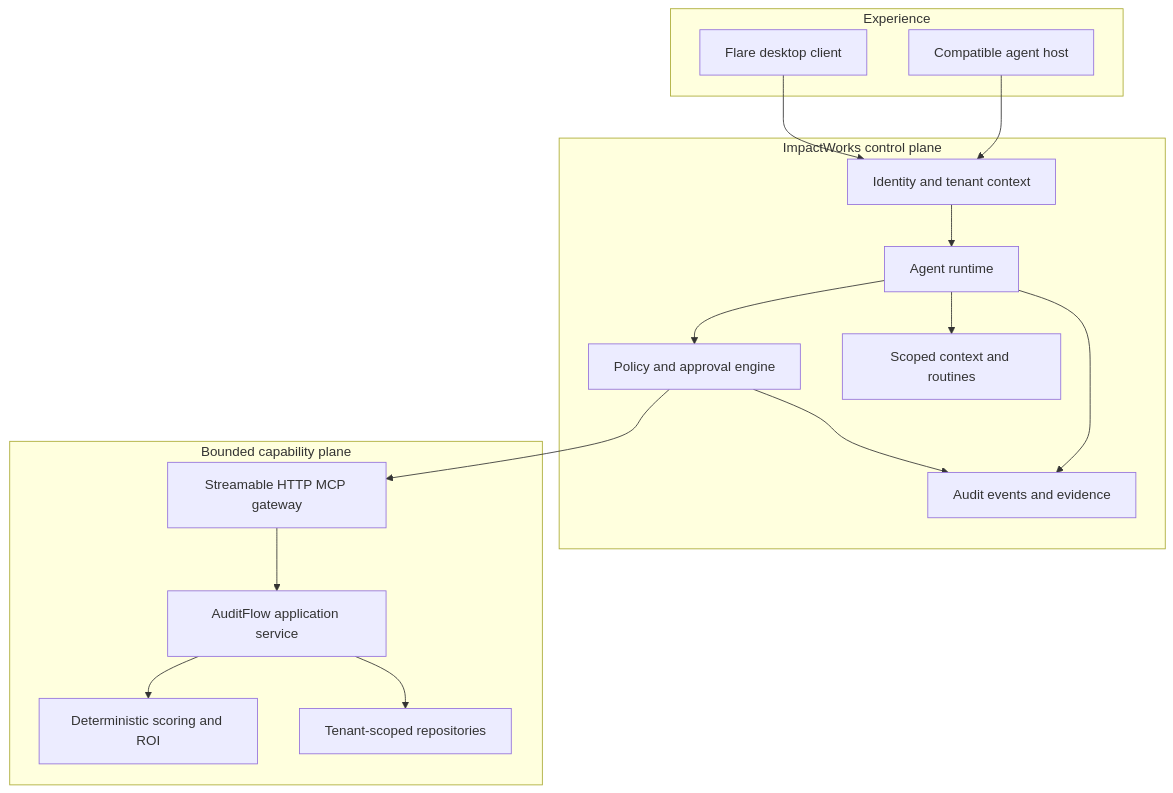
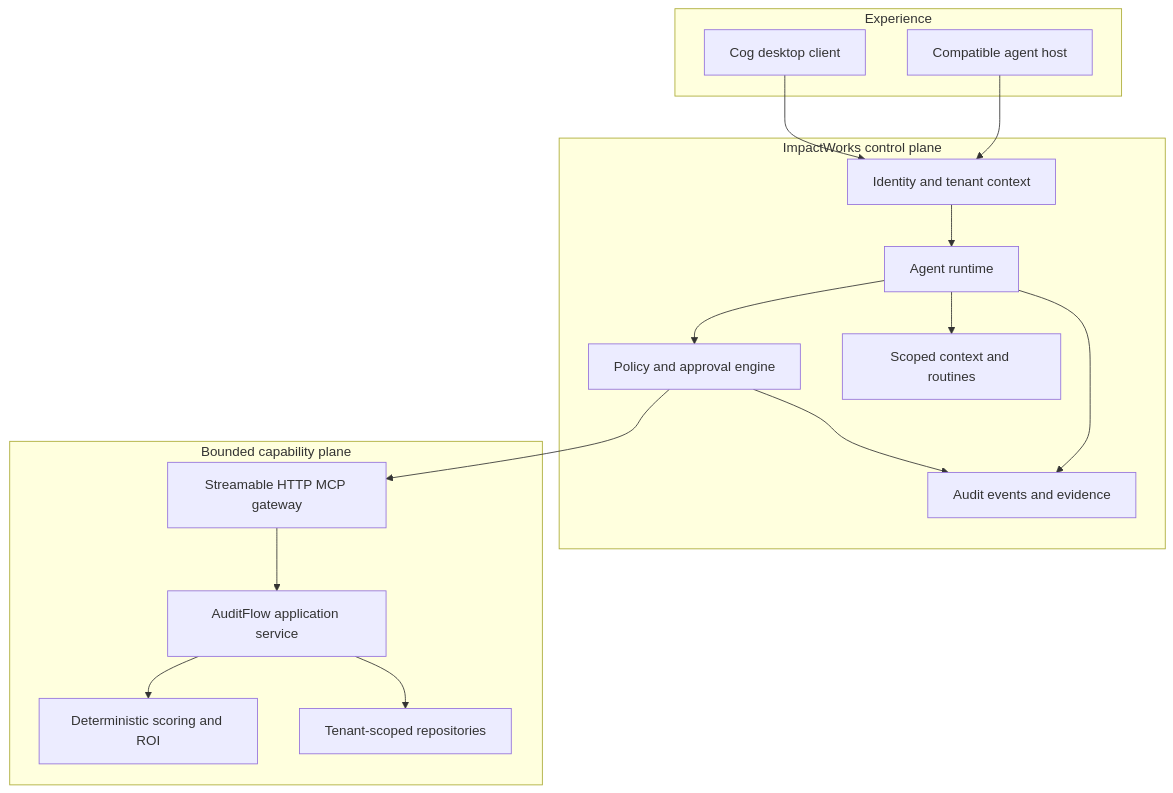
One commit to impactworks-dev/impactworks-ai-workforce-mcp changed the diagram in docs/architecture.md. Above: the diagram before and after it, drawn with Mermaid. The commit also changed other lines of this file and 4 other files, not shown here.

Commit message:
Rename Flare working name to Cog

````diff
--- a/docs/architecture.md
+++ b/docs/architecture.md
@@ -11,34 +11,34 @@
 ```mermaid
 flowchart TB
     subgraph Experience
-      Flare["Flare desktop client"]
+      Cog["Cog desktop client"]
       Host["Compatible agent host"]
     end
 
     subgraph ControlPlane["ImpactWorks control plane"]
       Identity["Identity and tenant context"]
       Runtime["Agent runtime"]
       Policy["Policy and approval engine"]
       Memory["Scoped context and routines"]
       Events["Audit events and evidence"]
     end
 
     subgraph CapabilityPlane["Bounded capability plane"]
       MCP["Streamable HTTP MCP gateway"]
       Audit["AuditFlow application service"]
       Score["Deterministic scoring and ROI"]
       Repository["Tenant-scoped repositories"]
     end
 
-    Flare --> Identity
+    Cog --> Identity
     Host --> Identity
     Identity --> Runtime
     Runtime --> Policy
     Policy --> MCP
     MCP --> Audit
     Audit --> Score
     Audit --> Repository
     Runtime --> Memory
     Runtime --> Events
     Policy --> Events
 ```
````
